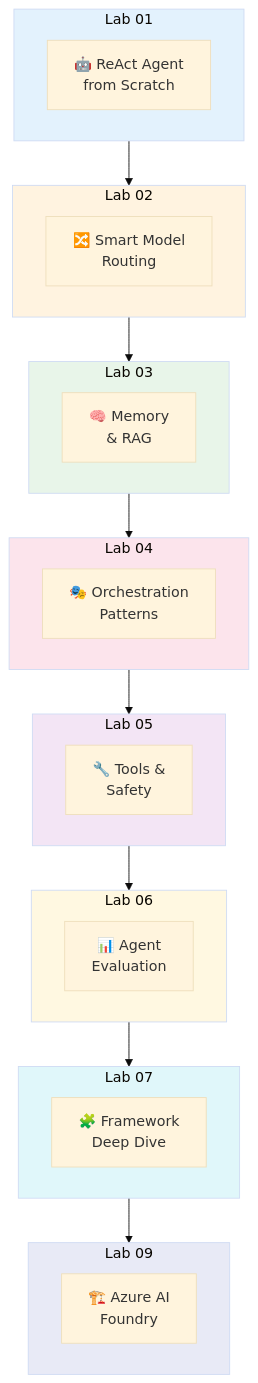
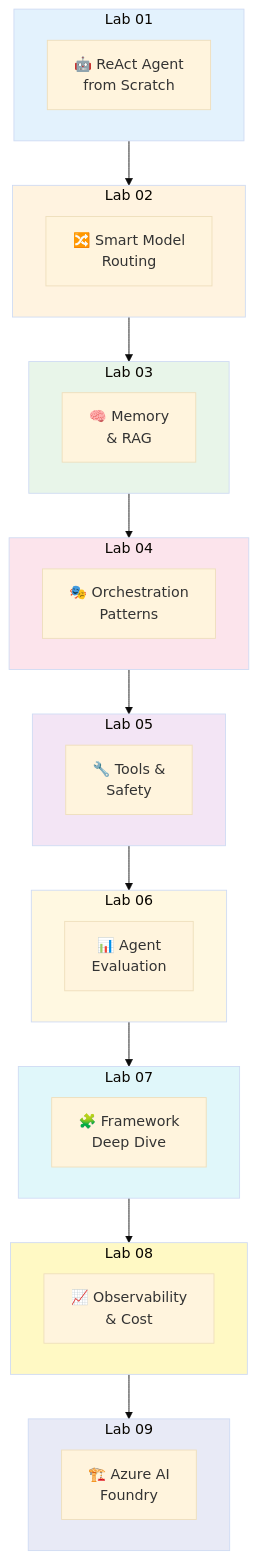
One commit to roie9876/AI-Agent-Platform changed the diagram in labs/README.md. Above: the diagram before and after it, drawn with Mermaid (base theme). The commit also changed other lines of this file and 2 other files, not shown here.

Commit message:
feat: add Lab 08 — Observability & Cost Dashboard
- Part 1: OpenTelemetry tracing with in-memory span exporter,
  trace timeline visualization, span attribute inspection
- Part 2: Token & cost tracking with CostTracker class,
  live cost dashboard, budget alert system
- Part 3: Custom LangGraph callback handler for structured logging,
  multi-turn conversation cost growth analysis
- Updated labs/README.md journey map with Lab 08 node

````diff
--- a/labs/README.md
+++ b/labs/README.md
@@ -23,45 +23,50 @@
 ```mermaid
 flowchart TB
     subgraph L1["Lab 01"]
         S1["🤖 ReAct Agent<br/>from Scratch"]
     end
     
     subgraph L2["Lab 02"]
         S2["🔀 Smart Model<br/>Routing"]
     end
     
     subgraph L3["Lab 03"]
         S3["🧠 Memory<br/>& RAG"]
     end
     
     subgraph L4["Lab 04"]
         S4["🎭 Orchestration<br/>Patterns"]
     end
     
     subgraph L5["Lab 05"]
         S5["🔧 Tools &<br/>Safety"]
     end
     
     subgraph L6["Lab 06"]
         S6["📊 Agent<br/>Evaluation"]
     end
     
     subgraph L7["Lab 07"]
         S7["🧩 Framework<br/>Deep Dive"]
     end
     
+    subgraph L8["Lab 08"]
+        S8["📈 Observability<br/>& Cost"]
+    end
+    
     subgraph L9["Lab 09"]
         S9["🏗️ Azure AI<br/>Foundry"]
     end
     
-    L1 --> L2 --> L3 --> L4 --> L5 --> L6 --> L7 --> L9
+    L1 --> L2 --> L3 --> L4 --> L5 --> L6 --> L7 --> L8 --> L9
     
     style L1 fill:#e3f2fd
     style L2 fill:#fff3e0
     style L3 fill:#e8f5e9
     style L4 fill:#fce4ec
     style L5 fill:#f3e5f5
     style L6 fill:#fff8e1
     style L7 fill:#e0f7fa
+    style L8 fill:#fff9c4
     style L9 fill:#e8eaf6
 ```
````
